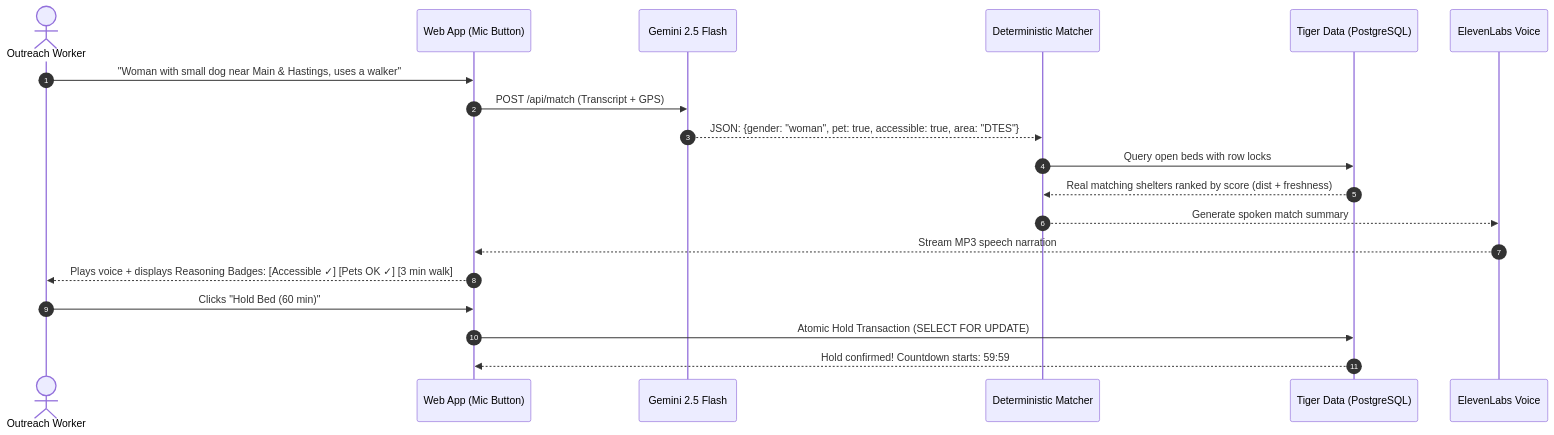
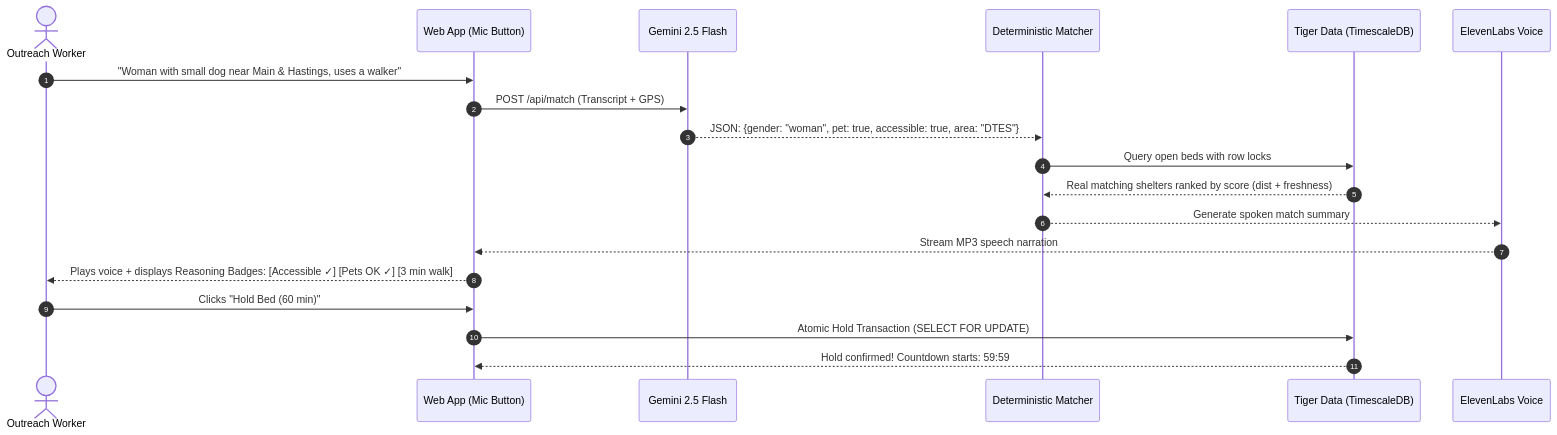
Before and after one commit to saman-37/LumiNestBC: the second of 2 diagrams in docs/pitch/pitch_deck.md, drawn with Mermaid. The commit also changed other lines of this file and 6 other files, not shown here.

````diff
--- a/docs/pitch/pitch_deck.md
+++ b/docs/pitch/pitch_deck.md
@@ -93,22 +83,22 @@
 ```mermaid
 sequenceDiagram
     autonumber
     actor Worker as Outreach Worker
     participant Web as Web App (Mic Button)
     participant Gemini as Gemini 2.5 Flash
     participant Matcher as Deterministic Matcher
-    participant DB as Tiger Data (PostgreSQL)
+    participant DB as Tiger Data (TimescaleDB)
     participant Eleven as ElevenLabs Voice
 
     Worker->>Web: "Woman with small dog near Main & Hastings, uses a walker"
     Web->>Gemini: POST /api/match (Transcript + GPS)
     Gemini-->>Matcher: JSON: {gender: "woman", pet: true, accessible: true, area: "DTES"}
     Matcher->>DB: Query open beds with row locks
     DB-->>Matcher: Real matching shelters ranked by score (dist + freshness)
     Matcher-->>Eleven: Generate spoken match summary
     Eleven-->>Web: Stream MP3 speech narration
     Web-->>Worker: Plays voice + displays Reasoning Badges: [Accessible ✓] [Pets OK ✓] [3 min walk]
     Worker->>Web: Clicks "Hold Bed (60 min)"
     Web->>DB: Atomic Hold Transaction (SELECT FOR UPDATE)
     DB-->>Web: Hold confirmed! Countdown starts: 59:59
 ```
````
